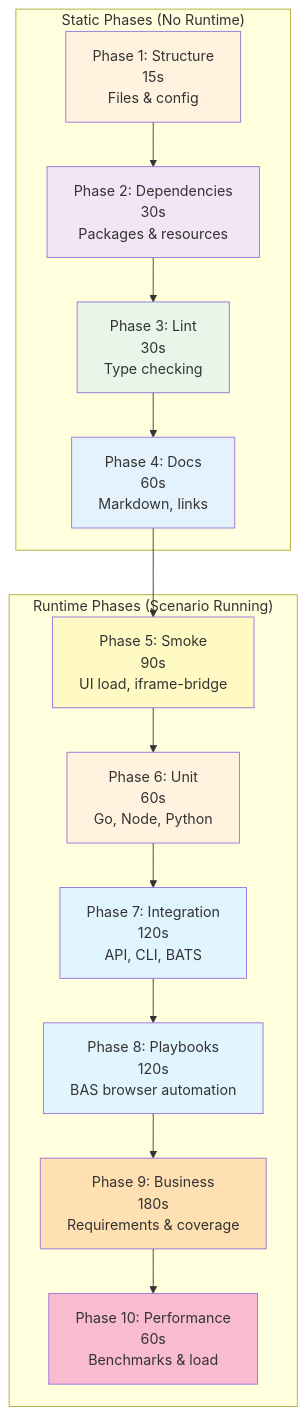
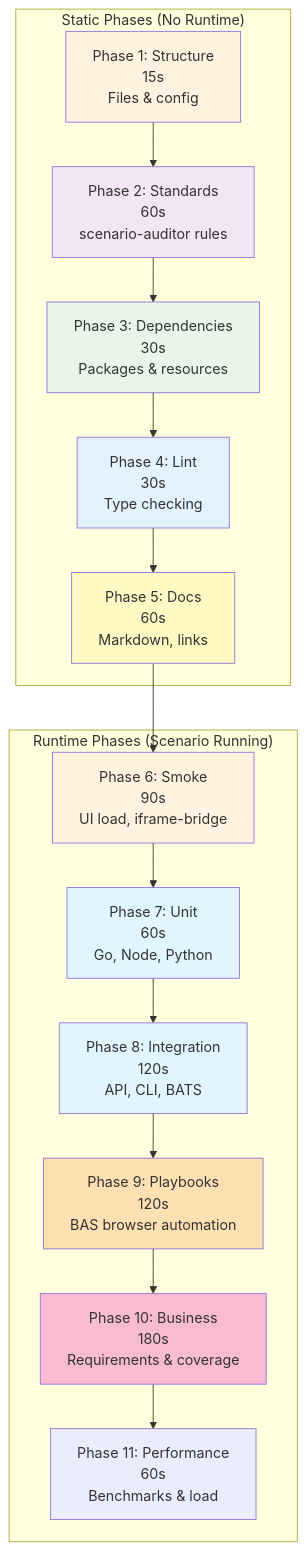
One commit to Vrooli/Vrooli changed the diagram in scenarios/test-genie/docs/guides/phased-testing.md. Above: the diagram before and after it, drawn with Mermaid. The commit also changed other lines of this file and 91 other files, not shown here.

````diff
--- a/scenarios/test-genie/docs/guides/phased-testing.md
+++ b/scenarios/test-genie/docs/guides/phased-testing.md
@@ -11,31 +11,32 @@
 ```mermaid
 graph TB
     subgraph "Static Phases (No Runtime)"
         P1[Phase 1: Structure<br/>15s<br/>Files & config]
-        P2[Phase 2: Dependencies<br/>30s<br/>Packages & resources]
-        P3[Phase 3: Lint<br/>30s<br/>Type checking]
-        P4[Phase 4: Docs<br/>60s<br/>Markdown, links]
+        P2[Phase 2: Standards<br/>60s<br/>scenario-auditor rules]
+        P3[Phase 3: Dependencies<br/>30s<br/>Packages & resources]
+        P4[Phase 4: Lint<br/>30s<br/>Type checking]
+        P5[Phase 5: Docs<br/>60s<br/>Markdown, links]
     end
 
     subgraph "Runtime Phases (Scenario Running)"
-        P5[Phase 5: Smoke<br/>90s<br/>UI load, iframe-bridge]
-        P6[Phase 6: Unit<br/>60s<br/>Go, Node, Python]
-        P7[Phase 7: Integration<br/>120s<br/>API, CLI, BATS]
-        P8[Phase 8: Playbooks<br/>120s<br/>BAS browser automation]
-        P9[Phase 9: Business<br/>180s<br/>Requirements & coverage]
-        P10[Phase 10: Performance<br/>60s<br/>Benchmarks & load]
+        P6[Phase 6: Smoke<br/>90s<br/>UI load, iframe-bridge]
+        P7[Phase 7: Unit<br/>60s<br/>Go, Node, Python]
+        P8[Phase 8: Integration<br/>120s<br/>API, CLI, BATS]
+        P9[Phase 9: Playbooks<br/>120s<br/>BAS browser automation]
+        P10[Phase 10: Business<br/>180s<br/>Requirements & coverage]
+        P11[Phase 11: Performance<br/>60s<br/>Benchmarks & load]
     end
 
-    P1 --> P2 --> P3 --> P4 --> P5 --> P6 --> P7 --> P8 --> P9 --> P10
+    P1 --> P2 --> P3 --> P4 --> P5 --> P6 --> P7 --> P8 --> P9 --> P10 --> P11
 
     style P1 fill:#fff3e0
     style P2 fill:#f3e5f5
     style P3 fill:#e8f5e9
     style P4 fill:#e3f2fd
     style P5 fill:#fff9c4
     style P6 fill:#fff3e0
     style P7 fill:#e1f5fe
     style P8 fill:#e1f5fe
     style P9 fill:#ffe0b2
     style P10 fill:#f8bbd0
 ```
````
